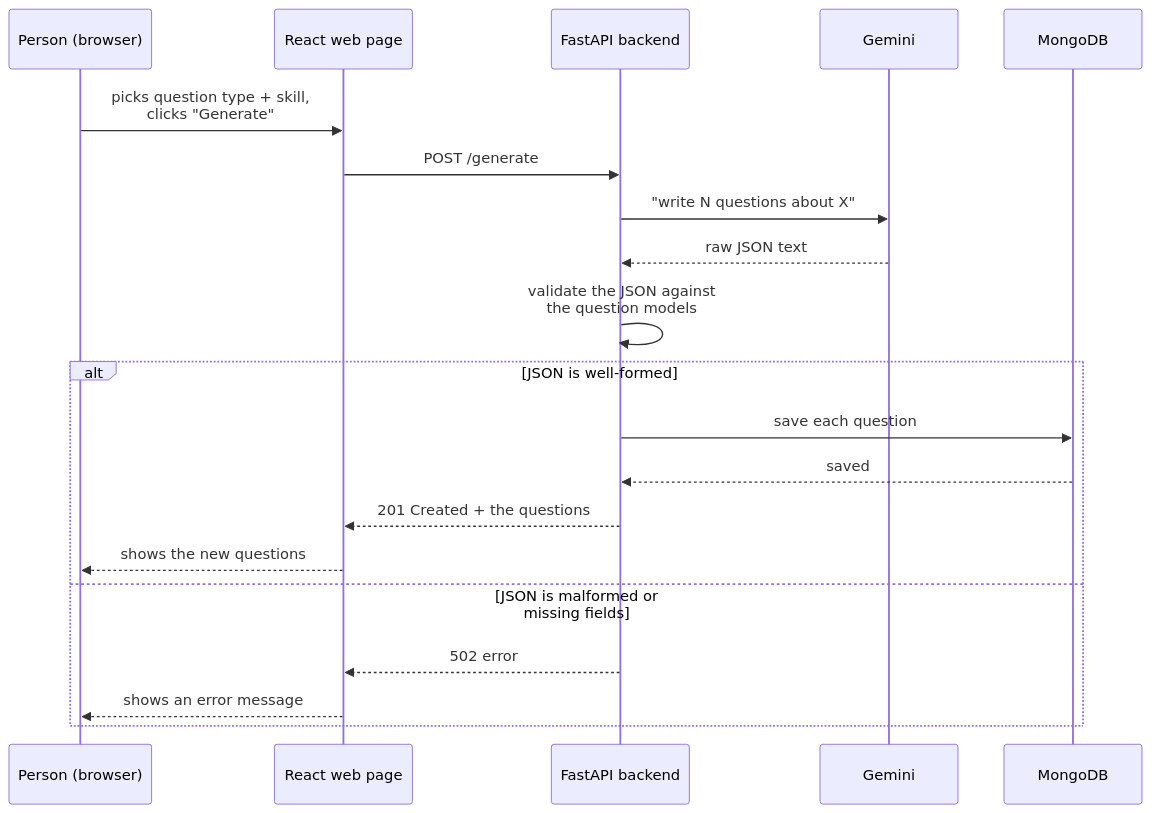
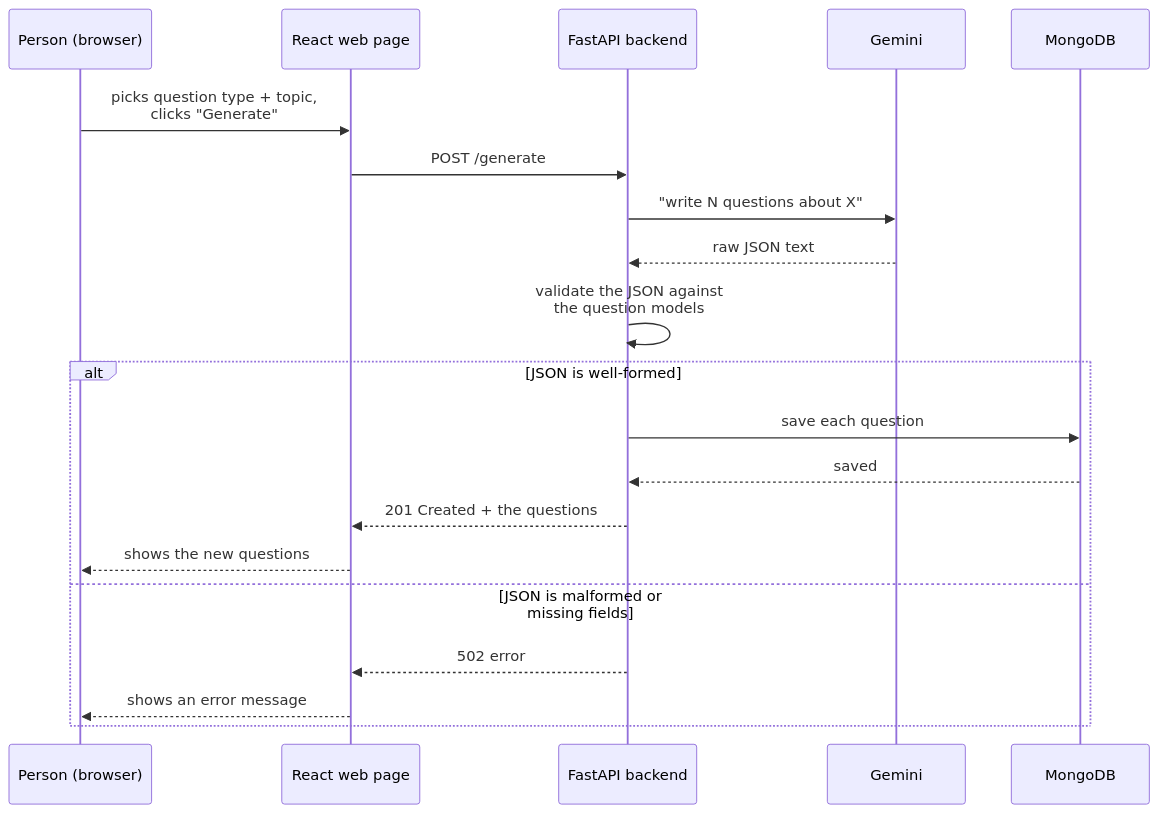
Before and after one commit to danilomsilva/question-bench: the third of 10 diagrams in docs/architecture.md, drawn with Mermaid. The commit also changed other lines of this file and 26 other files, not shown here.

First line of the commit message:
refactor: rename skill_tag to topic across backend, frontend, and docs

````diff
--- a/docs/architecture.md
+++ b/docs/architecture.md
@@ -64,23 +64,23 @@
 ```mermaid
 sequenceDiagram
     participant U as Person (browser)
     participant F as React web page
     participant A as FastAPI backend
     participant G as Gemini
     participant D as MongoDB
 
-    U->>F: picks question type + skill,<br/>clicks "Generate"
+    U->>F: picks question type + topic,<br/>clicks "Generate"
     F->>A: POST /generate
     A->>G: "write N questions about X"
     G-->>A: raw JSON text
     A->>A: validate the JSON against<br/>the question models
     alt JSON is well-formed
         A->>D: save each question
         D-->>A: saved
         A-->>F: 201 Created + the questions
         F-->>U: shows the new questions
     else JSON is malformed or missing fields
         A-->>F: 502 error
         F-->>U: shows an error message
     end
 ```
````
